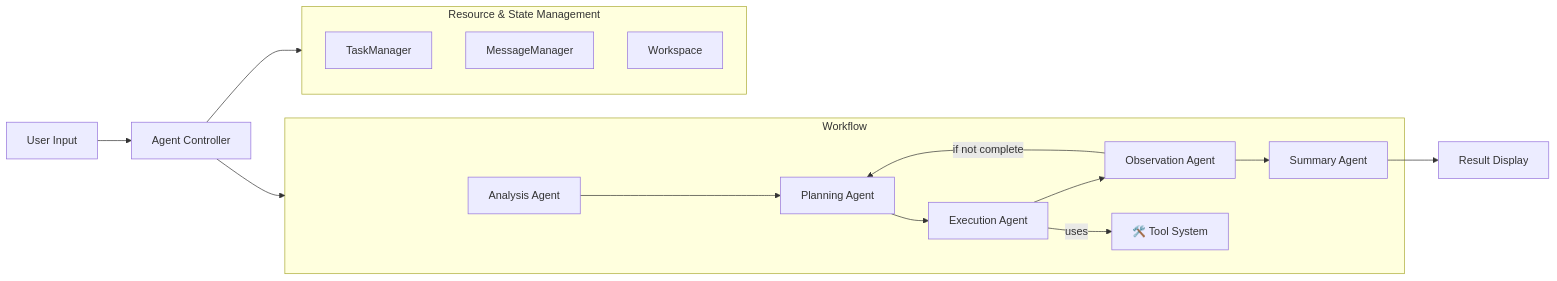
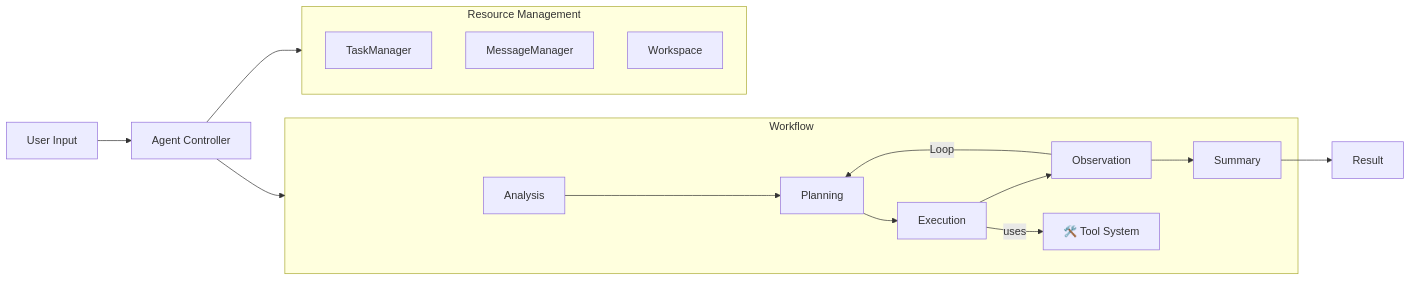
Before and after one commit to ZHangZHengEric/Sage: the diagram in README.md, drawn with Mermaid. The commit also changed other lines of this file and 2 other files, not shown here.

````diff
--- a/README.md
+++ b/README.md
@@ -145,19 +75,19 @@
 ```mermaid
 graph LR
     U[User Input] --> AC[Agent Controller]
     AC --> WF
     AC --> RM
 
     subgraph WF[Workflow]
-        A[Analysis Agent] --> B[Planning Agent] --> C[Execution Agent] --> D[Observation Agent] --> E[Summary Agent]
-        D -- "if not complete" --> B
+        A[Analysis] --> B[Planning] --> C[Execution] --> D[Observation] --> E[Summary]
+        D -- "Loop" --> B
         C -- uses --> X[🛠️ Tool System]
     end
-    E --> R[Result Display]
+    E --> R[Result]
 
-    subgraph RM["Resource & State Management"]
+    subgraph RM[Resource Management]
         F[TaskManager]
         G[MessageManager]
         H[Workspace]
     end
 ```
````
